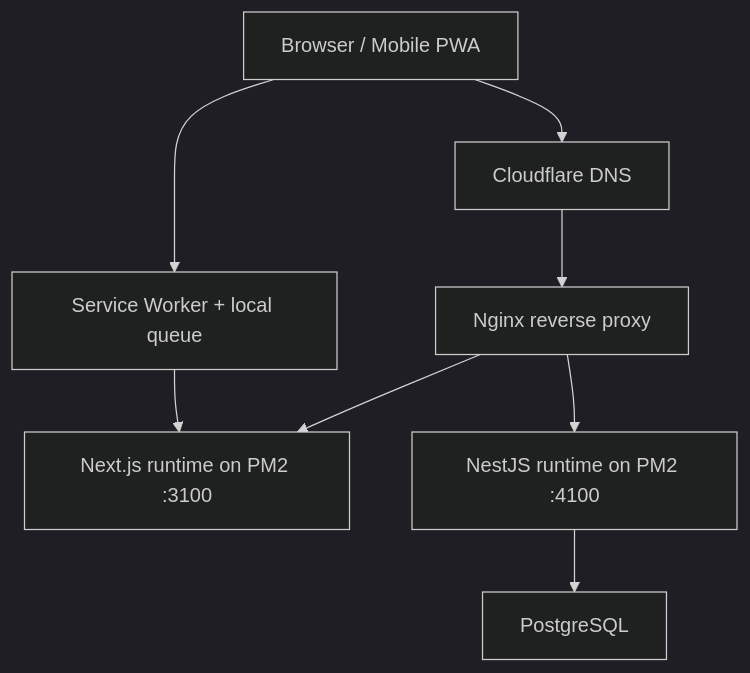
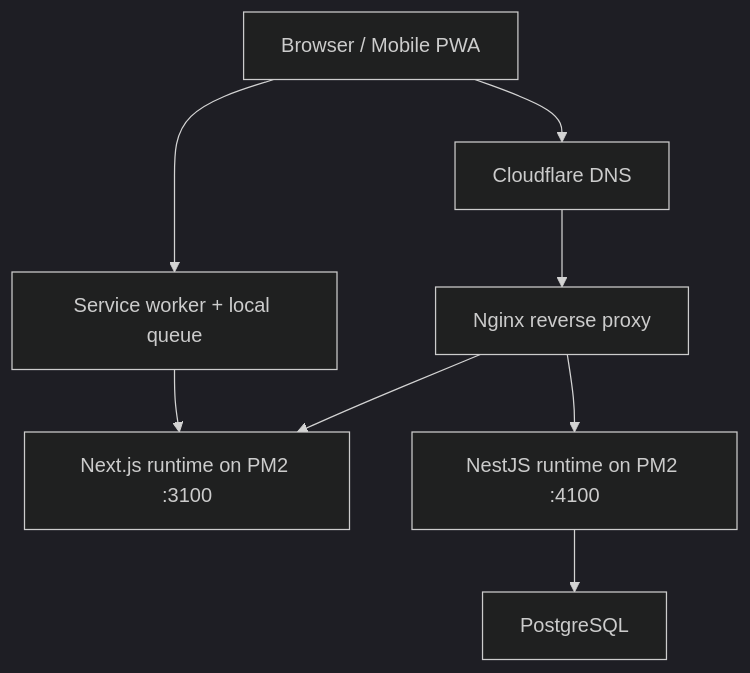
The second of 2 diagrams in README.md (tanthanhkid/smart-attendance-pwa-docs), drawn with Mermaid (dark theme) before and after one commit. The commit also changed other lines of this file, not shown here.

````diff
--- a/README.md
+++ b/README.md
@@ -83,11 +86,10 @@
 ```mermaid
 flowchart TB
-    Browser["Browser / Mobile PWA"] --> CF["Cloudflare DNS"]
-    CF --> Nginx["Nginx reverse proxy"]
+    Browser["Browser / Mobile PWA"] --> DNS["Cloudflare DNS"]
+    DNS --> Nginx["Nginx reverse proxy"]
     Nginx --> WebRuntime["Next.js runtime on PM2 :3100"]
     Nginx --> ApiRuntime["NestJS runtime on PM2 :4100"]
     ApiRuntime --> Db["PostgreSQL"]
-
-    Browser --> SW["Service Worker + local queue"]
+    Browser --> SW["Service worker + local queue"]
     SW --> WebRuntime
 ```
````
